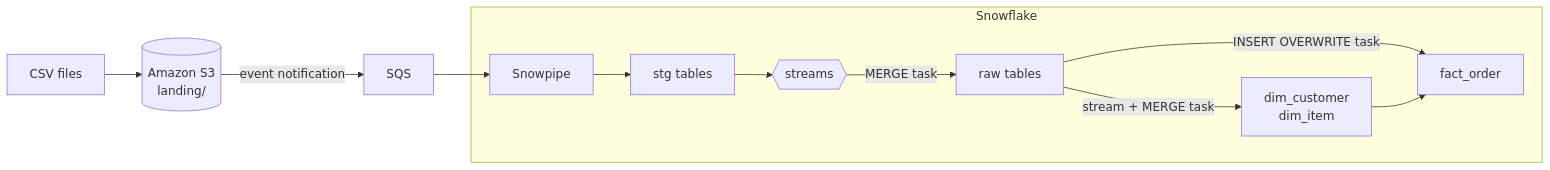
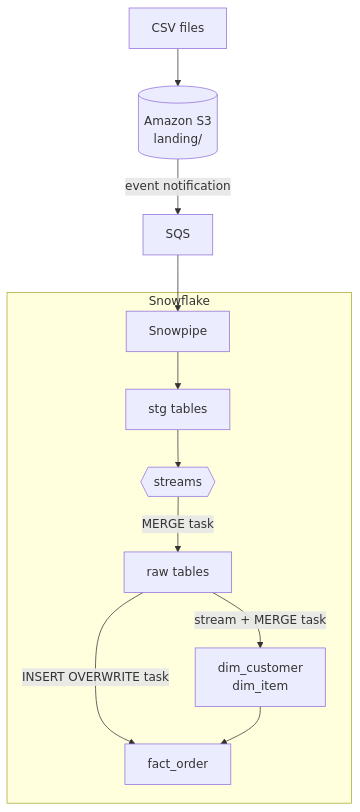
One commit to jadesola98/End-to-End-ETL-using-snowflake changed the diagram in README.md. Above: the diagram before and after it, drawn with Mermaid. The commit also changed other lines of this file, not shown here.

````diff
--- a/README.md
+++ b/README.md
@@ -13,14 +13,14 @@
 ```mermaid
-flowchart LR
+flowchart TB
     A[CSV files] --> B[(Amazon S3<br/>landing/)]
     B -- event notification --> C[SQS]
     C --> D[Snowpipe]
     subgraph Snowflake
         D --> E[stg tables]
         E --> F{{streams}}
         F -- MERGE task --> G[raw tables]
         G -- stream + MERGE task --> H[dim_customer<br/>dim_item]
         G -- INSERT OVERWRITE task --> I[fact_order]
         H --> I
     end
 ```
````
